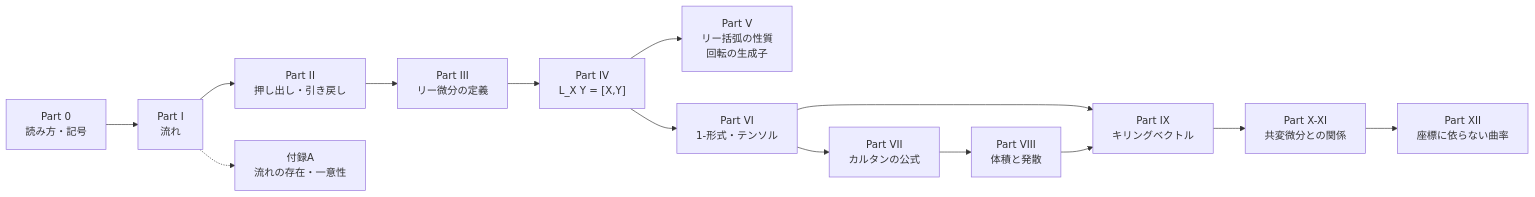
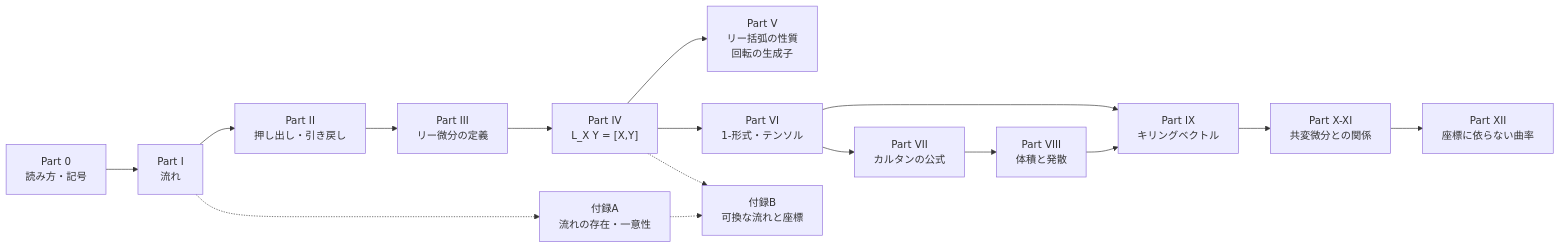
Before and after one commit to kazuma0606/quantum-study: the diagram in 研究ノート/02_微分幾何/lie_derivative.md, drawn with Mermaid. The commit also changed other lines of this file and 2 other files, not shown here.

First line of the commit message:
Add appendix B to the Lie derivative note: commuting flows and coordinates

````diff
--- a/研究ノート/02_微分幾何/lie_derivative.md
+++ b/研究ノート/02_微分幾何/lie_derivative.md
@@ -142,23 +151,26 @@
 ```mermaid
 flowchart LR
     P0["Part 0<br/>読み方・記号"]
     P1["Part I<br/>流れ"]
     P2["Part II<br/>押し出し・引き戻し"]
     P3["Part III<br/>リー微分の定義"]
     P4["Part IV<br/>L_X Y = [X,Y]"]
     P5["Part V<br/>リー括弧の性質<br/>回転の生成子"]
     P6["Part VI<br/>1-形式・テンソル"]
     P7["Part VII<br/>カルタンの公式"]
     P8["Part VIII<br/>体積と発散"]
     P9["Part IX<br/>キリングベクトル"]
     P10["Part X-XI<br/>共変微分との関係"]
     P12["Part XII<br/>座標に依らない曲率"]
 
     P0 --> P1 --> P2 --> P3 --> P4 --> P5
     P4 --> P6 --> P7 --> P8
     P6 --> P9
     P8 --> P9
     P9 --> P10 --> P12
     A["付録A<br/>流れの存在・一意性"]
     P1 -.-> A
+    B["付録B<br/>可換な流れと座標"]
+    P4 -.-> B
+    A -.-> B
 ```
````
